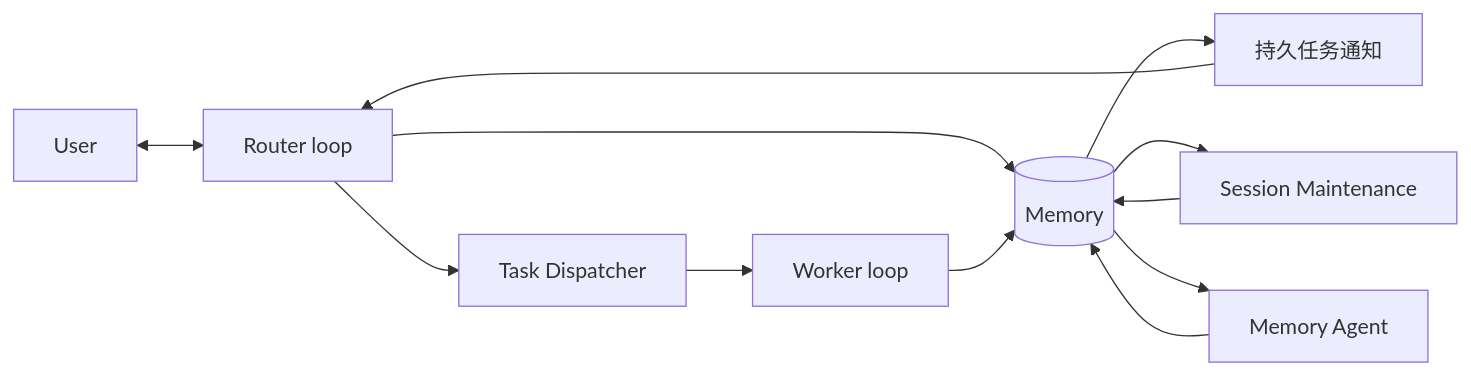
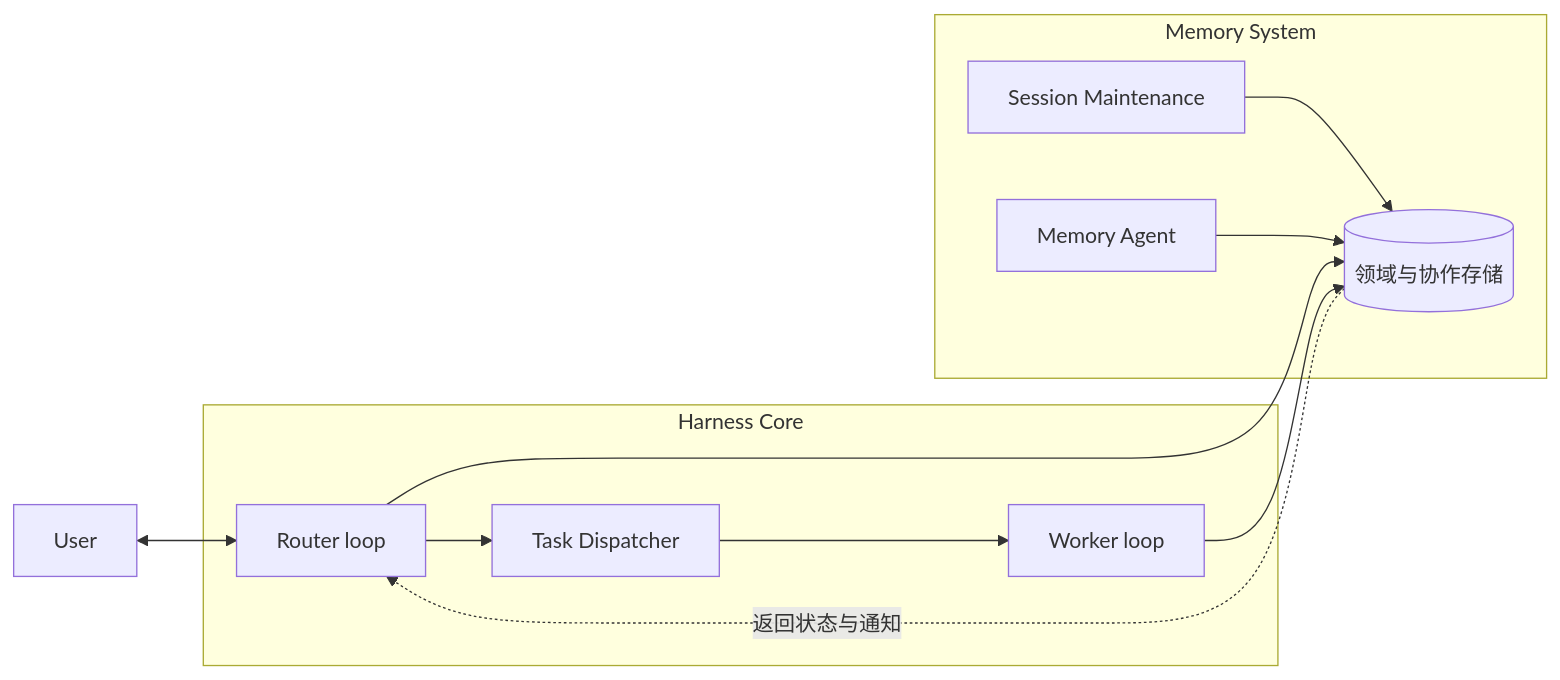
The diagram in docs/architecture.md (langsfang/ga), drawn with Mermaid before and after one commit. The commit also changed other lines of this file and 4 other files, not shown here.

````diff
--- a/docs/architecture.md
+++ b/docs/architecture.md
@@ -118,14 +119,22 @@
 ```mermaid
 flowchart LR
-    U[User] <--> R[Router loop]
-    R --> T[Task Dispatcher]
-    T --> W[Worker loop]
-    R --> M[(Memory)]
+    U[User]
+    subgraph H[Harness Core]
+        R[Router loop]
+        T[Task Dispatcher]
+        W[Worker loop]
+        R --> T
+        T --> W
+    end
+    subgraph MS[Memory System]
+        M[(领域与协作存储)]
+        L[Session Maintenance]
+        A[Memory Agent]
+        L --> M
+        A --> M
+    end
+    U <--> R
+    R --> M
     W --> M
-    M --> N[持久任务通知]
-    N --> R
-    M --> L[Session Maintenance]
-    L --> M
-    M --> A[Memory Agent]
-    A --> M
+    M -.返回状态与通知.-> R
 ```
````
